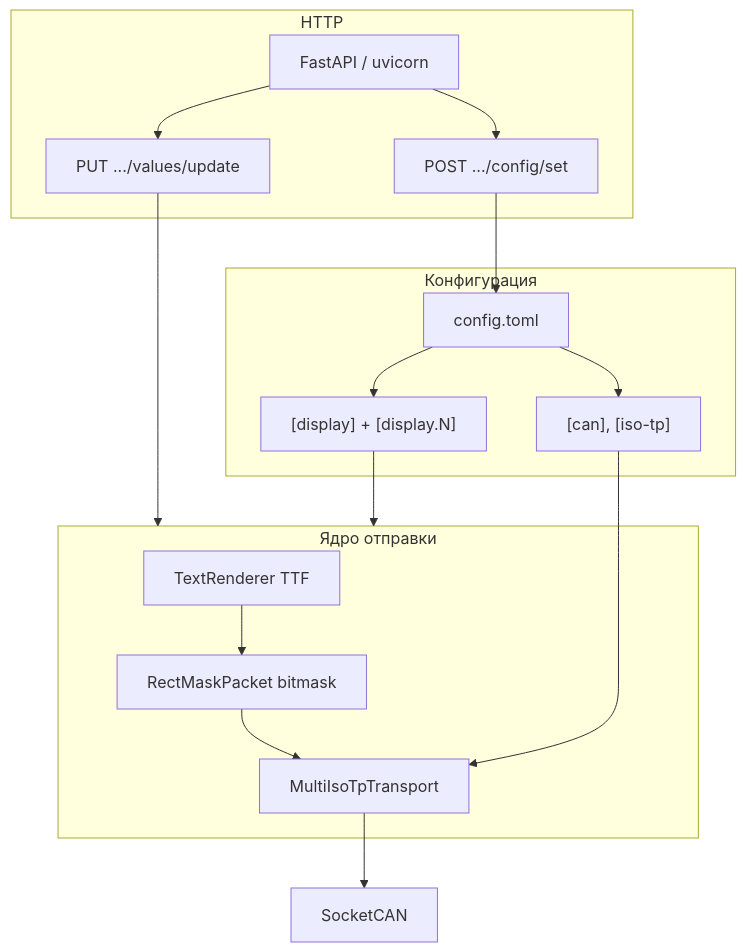
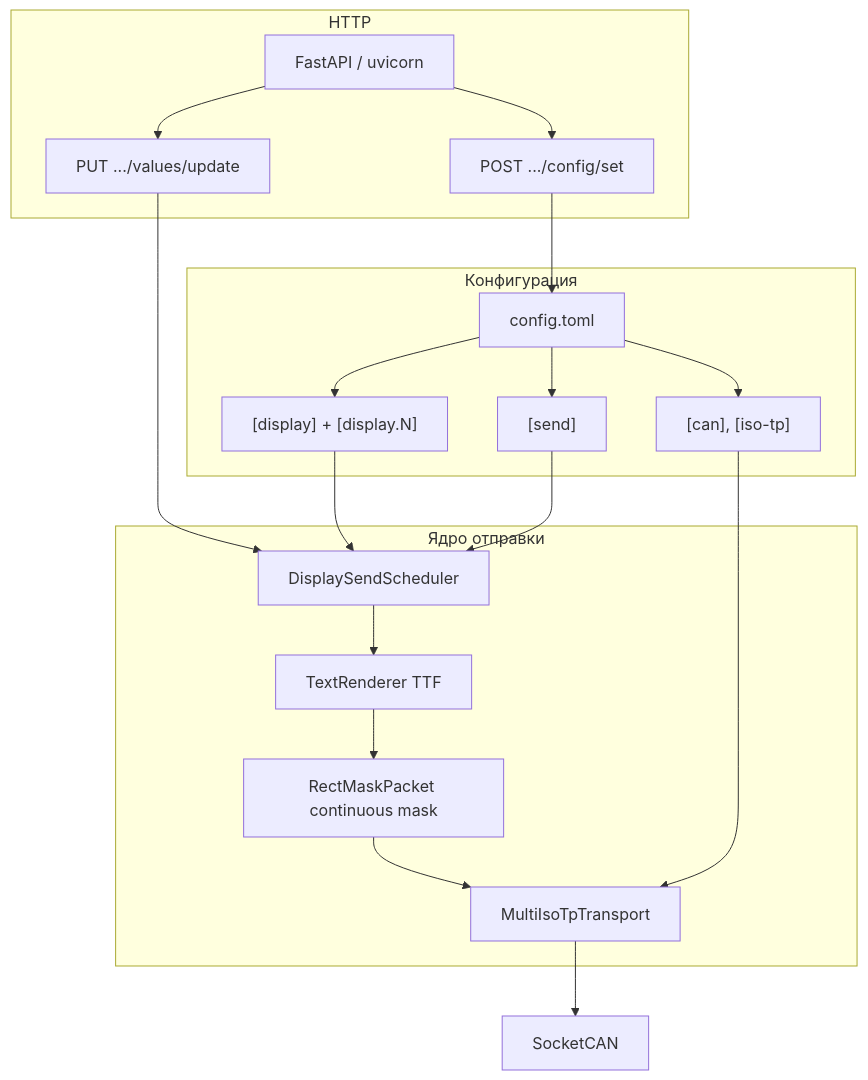
One commit to pyLerner/CAN-Tablo-Driver changed the diagram in README.md. Above: the diagram before and after it, drawn with Mermaid. The commit also changed other lines of this file and 3 other files, not shown here.

First line of the commit message:
Document continuous mask packing, antistorm send, and docker deploy.

````diff
--- a/README.md
+++ b/README.md
@@ -23,24 +25,27 @@
 ```mermaid
 flowchart TB
   subgraph cfg [Конфигурация]
     TOML[config.toml]
     TOML --> Display["[display] + [display.N]"]
+    TOML --> SendCfg["[send]"]
     TOML --> CANcfg["[can], [iso-tp]"]
   end
   subgraph http [HTTP]
     FastAPI[FastAPI / uvicorn]
     FastAPI --> ConfigSet["POST .../config/set"]
     FastAPI --> ValuesPut["PUT .../values/update"]
   end
   subgraph core [Ядро отправки]
+    Sched[DisplaySendScheduler]
     Render[TextRenderer TTF]
-    Mask[RectMaskPacket bitmask]
+    Mask[RectMaskPacket continuous mask]
     Multi[MultiIsoTpTransport]
-    Render --> Mask --> Multi
+    Sched --> Render --> Mask --> Multi
   end
   ConfigSet --> TOML
-  ValuesPut --> core
-  Display --> core
+  ValuesPut --> Sched
+  Display --> Sched
+  SendCfg --> Sched
   CANcfg --> Multi
   Multi --> SocketCAN[SocketCAN]
 ```
````
